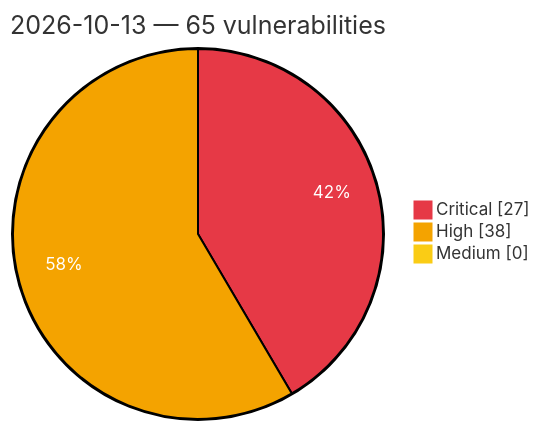
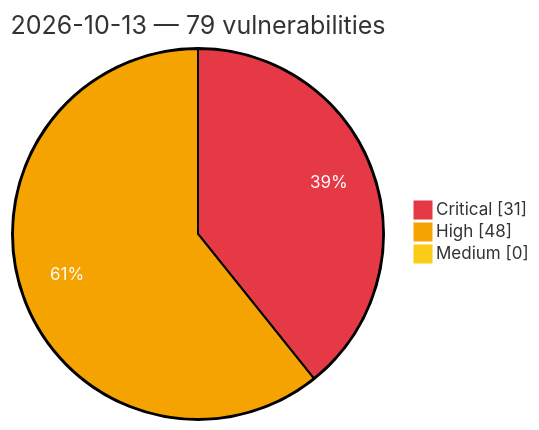
One commit to GhostX0X/vuln-tracker changed the diagram in vulnerabilities/2026/October/2026-10-13.md. Above: the diagram before and after it, drawn with Mermaid. The commit also changed other lines of this file and 5 other files, not shown here.

Commit message:
Auto update: critical/high vulns (2026-10-14 00:17 UTC)

````diff
--- a/vulnerabilities/2026/October/2026-10-13.md
+++ b/vulnerabilities/2026/October/2026-10-13.md
@@ -3,8 +3,8 @@
 ```mermaid
 %%{init: {'theme':'base', 'themeVariables': {'pie1':'#e63946', 'pie2':'#f4a300', 'pie3':'#facc15', 'pieOpacity':'1', 'pieOuterStrokeWidth':'2px', 'pieSectionTextColor':'#ffffff'}}}%%
 pie showData
-    title 2026-10-13 — 65 vulnerabilities
-    "Critical" : 27
-    "High" : 38
+    title 2026-10-13 — 79 vulnerabilities
+    "Critical" : 31
+    "High" : 48
     "Medium" : 0
 ```
````
